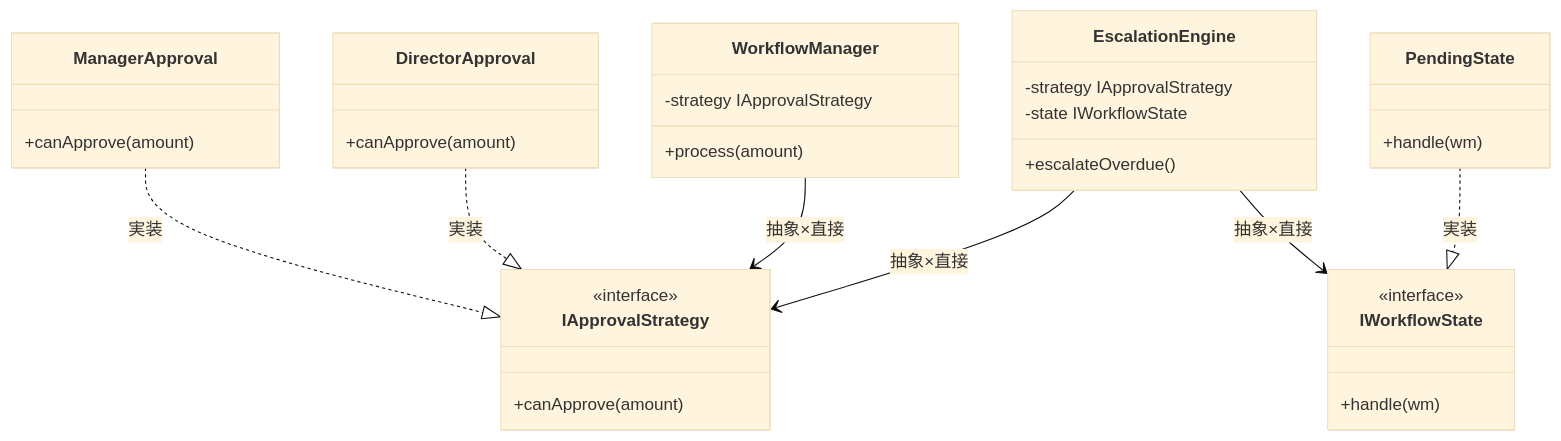
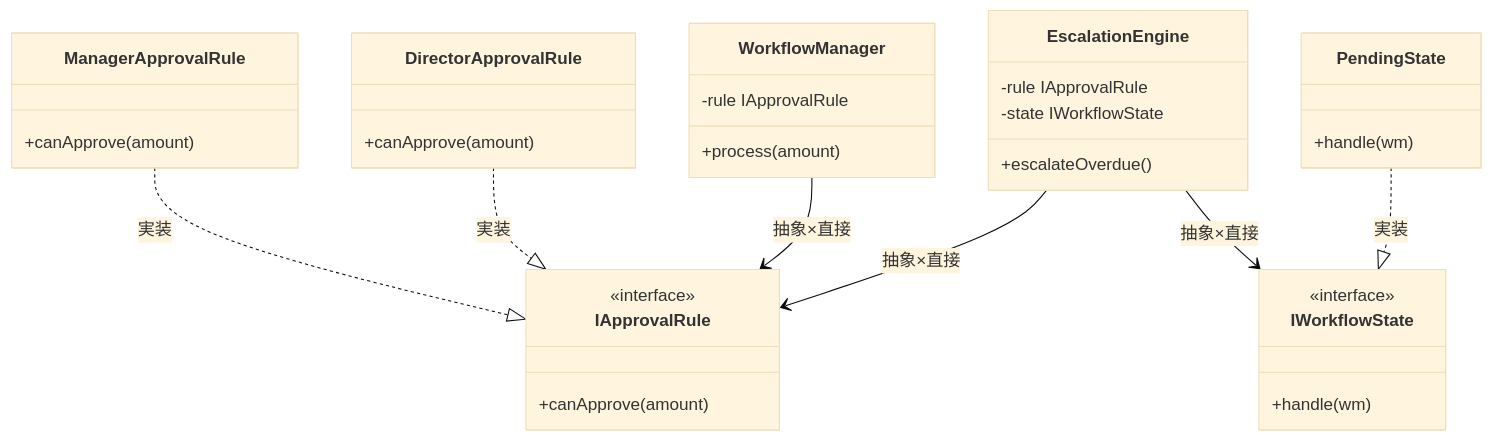
Before and after one commit to kumachan1101-pixel/DesignPattern: the eighth of 14 diagrams in kindle/design-patterns/output/chapter12.md, drawn with Mermaid (base theme). The commit also changed other lines of this file and 2 other files, not shown here.

````diff
--- a/kindle/design-patterns/output/chapter12.md
+++ b/kindle/design-patterns/output/chapter12.md
@@ -596,35 +692,35 @@
 ```mermaid
 classDiagram
-    class IApprovalStrategy {
+    class IApprovalRule {
         <<interface>>
         +canApprove(amount)
     }
     class IWorkflowState {
         <<interface>>
         +handle(wm)
     }
     class WorkflowManager {
-        -strategy IApprovalStrategy
+        -rule IApprovalRule
         +process(amount)
     }
     class EscalationEngine {
-        -strategy IApprovalStrategy
+        -rule IApprovalRule
         -state IWorkflowState
         +escalateOverdue()
     }
-    class ManagerApproval {
+    class ManagerApprovalRule {
         +canApprove(amount)
     }
-    class DirectorApproval {
+    class DirectorApprovalRule {
         +canApprove(amount)
     }
     class PendingState {
         +handle(wm)
     }
-    ManagerApproval ..|> IApprovalStrategy : 実装
-    DirectorApproval ..|> IApprovalStrategy : 実装
+    ManagerApprovalRule ..|> IApprovalRule : 実装
+    DirectorApprovalRule ..|> IApprovalRule : 実装
     PendingState ..|> IWorkflowState : 実装
-    WorkflowManager --> IApprovalStrategy : 抽象×直接
-    EscalationEngine --> IApprovalStrategy : 抽象×直接
+    WorkflowManager --> IApprovalRule : 抽象×直接
+    EscalationEngine --> IApprovalRule : 抽象×直接
     EscalationEngine --> IWorkflowState : 抽象×直接
 ```
````
